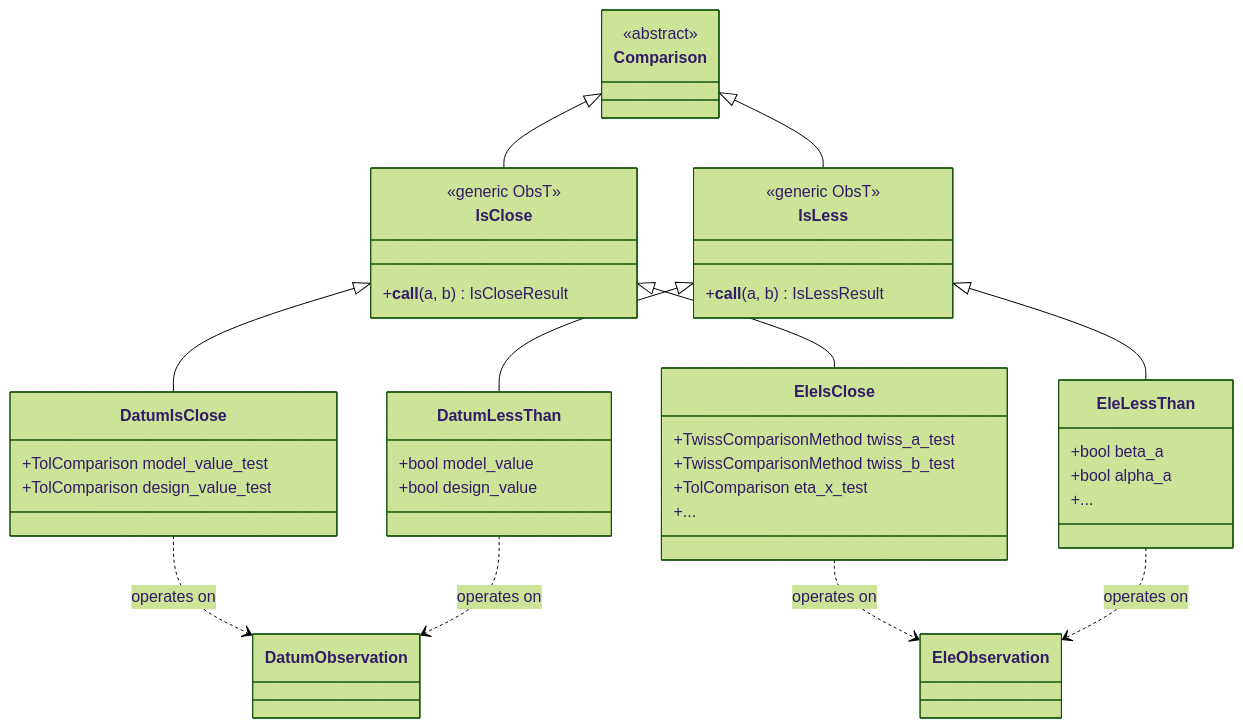
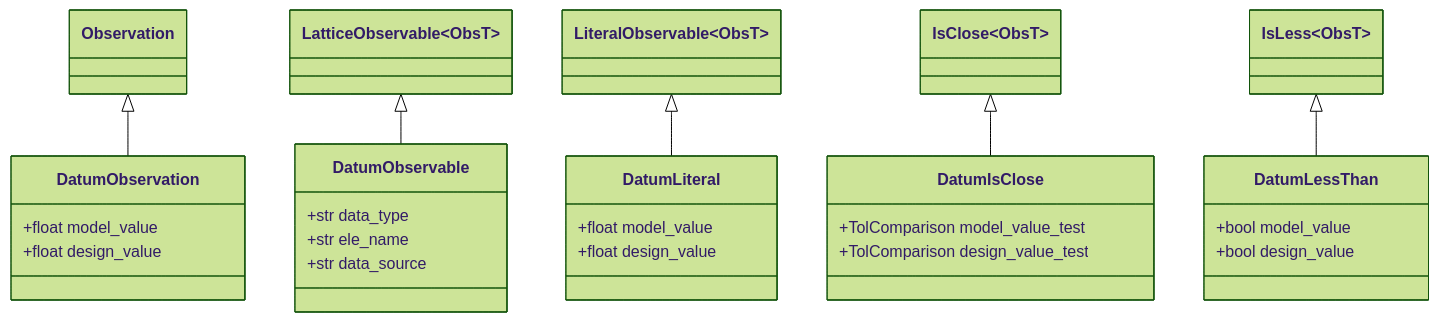
One commit to bmad-sim/pytao changed the third of 6 diagrams in docs/constraints/index.md. Above: the diagram before and after it, drawn with Mermaid (forest theme). The commit also changed other lines of this file, not shown here.

Commit message:
more diagram work

````diff
--- a/docs/constraints/index.md
+++ b/docs/constraints/index.md
@@ -84,43 +90,36 @@
 ```mermaid
 classDiagram
-    class Comparison {
-        <<abstract>>
+    class Observation
+    class LatticeObservable~ObsT~
+    class LiteralObservable~ObsT~
+    class IsClose~ObsT~
+    class IsLess~ObsT~
+
+    class DatumObservation {
+        +float model_value
+        +float design_value
     }
-    class IsClose {
-        <<generic ObsT>>
-        +__call__(a, b) IsCloseResult
+    class DatumObservable {
+        +str data_type
+        +str ele_name
+        +str data_source
     }
-    class IsLess {
-        <<generic ObsT>>
-        +__call__(a, b) IsLessResult
+    class DatumLiteral {
+        +float model_value
+        +float design_value
     }
     class DatumIsClose {
         +TolComparison model_value_test
         +TolComparison design_value_test
     }
-    class EleIsClose {
-        +TwissComparisonMethod twiss_a_test
-        +TwissComparisonMethod twiss_b_test
-        +TolComparison eta_x_test
-        +...
-    }
     class DatumLessThan {
         +bool model_value
         +bool design_value
     }
-    class EleLessThan {
-        +bool beta_a
-        +bool alpha_a
-        +...
-    }
-    Comparison <|-- IsClose
-    Comparison <|-- IsLess
+
+    Observation <|-- DatumObservation
+    LatticeObservable <|-- DatumObservable
+    LiteralObservable <|-- DatumLiteral
     IsClose <|-- DatumIsClose
-    IsClose <|-- EleIsClose
     IsLess <|-- DatumLessThan
-    IsLess <|-- EleLessThan
-    DatumIsClose ..> DatumObservation : operates on
-    EleIsClose ..> EleObservation : operates on
-    DatumLessThan ..> DatumObservation : operates on
-    EleLessThan ..> EleObservation : operates on
 ```
````
